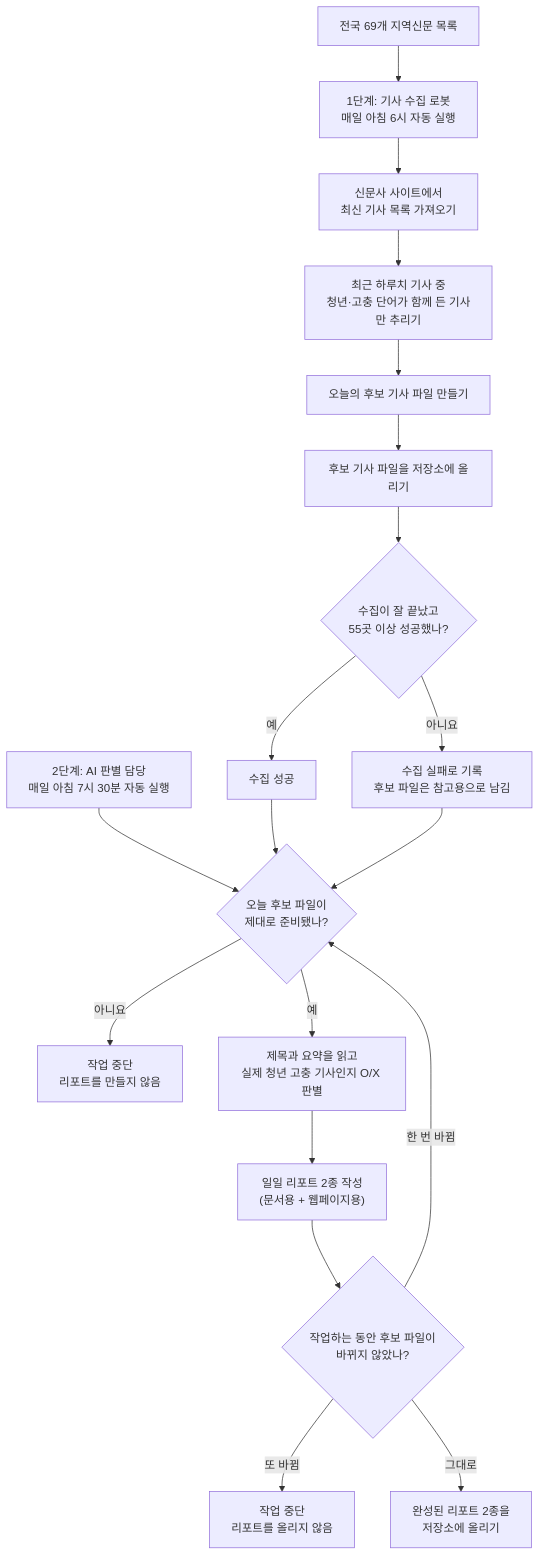
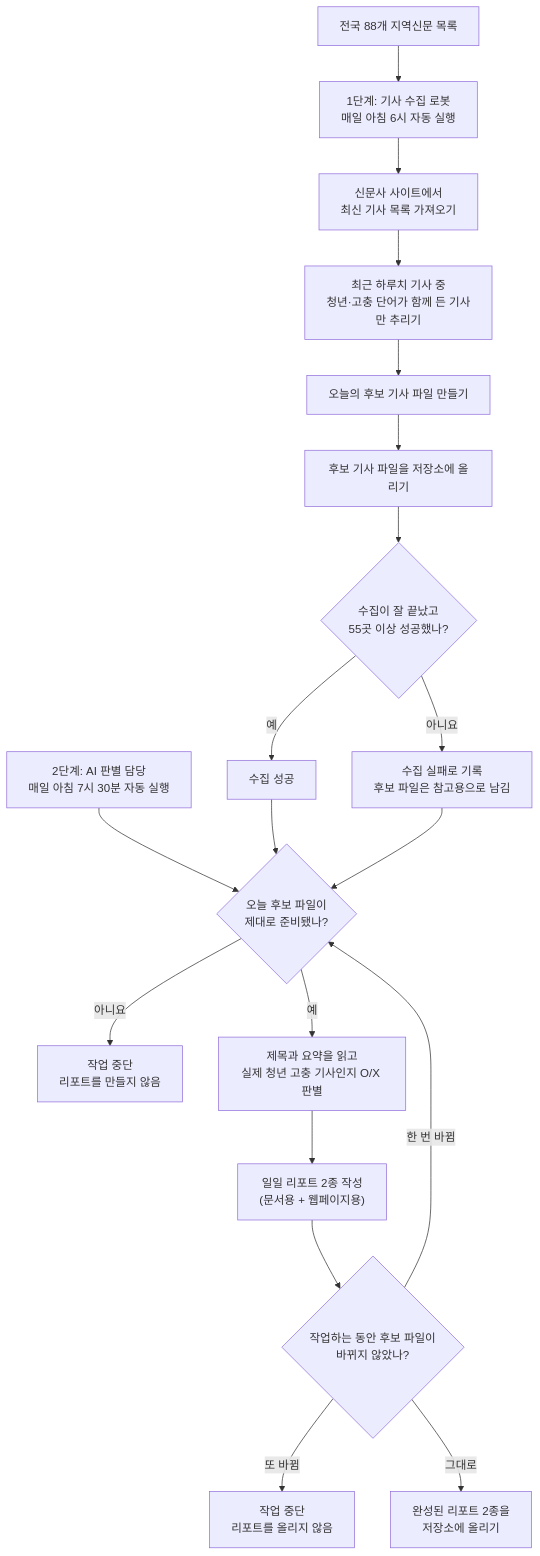
Before and after one commit to ray-ho33/bal-gul-template: the diagram in README.md, drawn with Mermaid. The commit also changed other lines of this file and 3 other files, not shown here.

````diff
--- a/README.md
+++ b/README.md
@@ -35,22 +35,22 @@
 ```mermaid
 flowchart TD
-    A["전국 69개 지역신문 목록"] --> B["1단계: 기사 수집 로봇<br/>매일 아침 6시 자동 실행"]
+    A["전국 88개 지역신문 목록"] --> B["1단계: 기사 수집 로봇<br/>매일 아침 6시 자동 실행"]
     B --> C["신문사 사이트에서<br/>최신 기사 목록 가져오기"]
     C --> D["최근 하루치 기사 중<br/>청년·고충 단어가 함께 든 기사만 추리기"]
     D --> E["오늘의 후보 기사 파일 만들기"]
     E --> F["후보 기사 파일을 저장소에 올리기"]
     F --> G{"수집이 잘 끝났고<br/>55곳 이상 성공했나?"}
     G -- 아니요 --> H["수집 실패로 기록<br/>후보 파일은 참고용으로 남김"]
     G -- 예 --> I["수집 성공"]
 
     J["2단계: AI 판별 담당<br/>매일 아침 7시 30분 자동 실행"] --> K{"오늘 후보 파일이<br/>제대로 준비됐나?"}
     I --> K
     H --> K
     K -- 아니요 --> L["작업 중단<br/>리포트를 만들지 않음"]
     K -- 예 --> M["제목과 요약을 읽고<br/>실제 청년 고충 기사인지 O/X 판별"]
     M --> N["일일 리포트 2종 작성<br/>(문서용 + 웹페이지용)"]
     N --> O{"작업하는 동안 후보 파일이<br/>바뀌지 않았나?"}
     O -- 한 번 바뀜 --> K
     O -- 또 바뀜 --> P["작업 중단<br/>리포트를 올리지 않음"]
     O -- 그대로 --> Q["완성된 리포트 2종을<br/>저장소에 올리기"]
 ```
````
